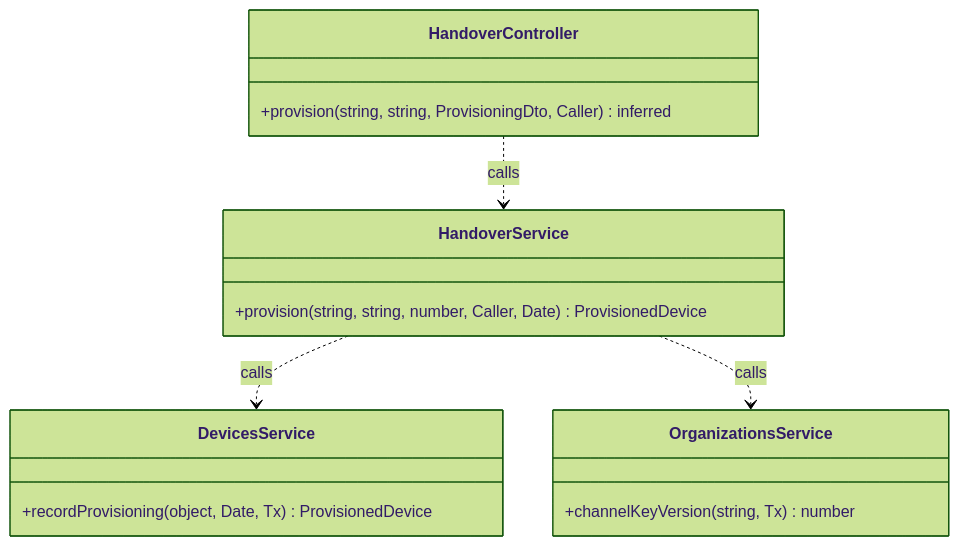
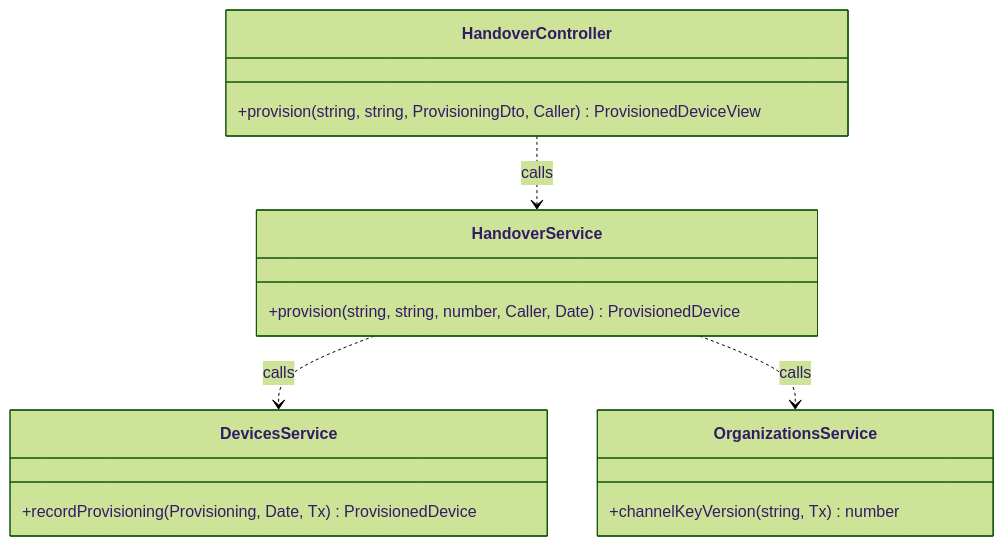
Before and after one commit to TrekLink-Team/treklink-web: the sixth of 29 diagrams in specs/rentals/design.md, drawn with Mermaid (forest theme). The commit also changed other lines of this file and 2 other files, not shown here.

````diff
--- a/specs/rentals/design.md
+++ b/specs/rentals/design.md
@@ -284,19 +284,19 @@
 ```mermaid
 classDiagram
     direction TB
     class HandoverController {
-        +provision(string, string, ProvisioningDto, Caller) inferred
+        +provision(string, string, ProvisioningDto, Caller) ProvisionedDeviceView
     }
     class HandoverService {
         +provision(string, string, number, Caller, Date) ProvisionedDevice
     }
     class OrganizationsService {
         +channelKeyVersion(string, Tx) number
     }
     class DevicesService {
-        +recordProvisioning(object, Date, Tx) ProvisionedDevice
+        +recordProvisioning(Provisioning, Date, Tx) ProvisionedDevice
     }
     HandoverController ..> HandoverService : calls
     HandoverService ..> DevicesService : calls
     HandoverService ..> OrganizationsService : calls
 ```
````
